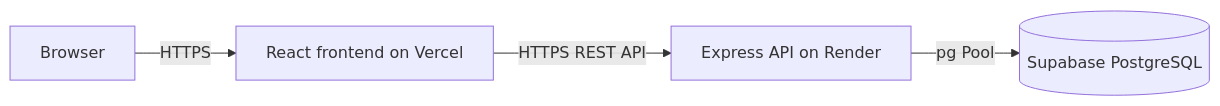
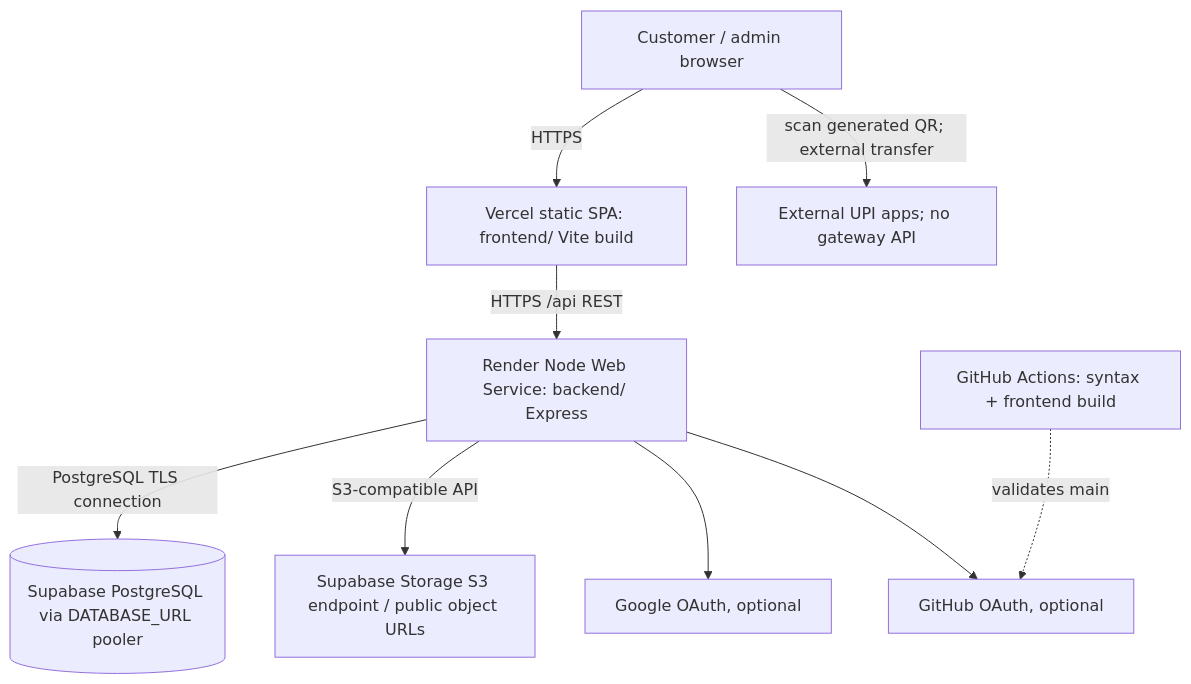
Before and after one commit to Chinthasaiganesh/Vaishnavi-Silk-Emporium: the first of 2 diagrams in docs/DEPLOYMENT.md, drawn with Mermaid. The commit also changed other lines of this file and 32 other files, not shown here.

````diff
--- a/docs/DEPLOYMENT.md
+++ b/docs/DEPLOYMENT.md
@@ -5,6 +5,19 @@
 ```mermaid
-flowchart LR
-  Browser -->|HTTPS| Vercel[React frontend on Vercel]
-  Vercel -->|HTTPS REST API| Render[Express API on Render]
-  Render -->|pg Pool| Supabase[(Supabase PostgreSQL)]
+flowchart TB
+  User[Customer / admin browser]
+  Vercel[Vercel static SPA: frontend/ Vite build]
+  Render[Render Node Web Service: backend/ Express]
+  Supabase[(Supabase PostgreSQL via DATABASE_URL pooler)]
+  Storage[Supabase Storage S3 endpoint / public object URLs]
+  Google[Google OAuth, optional]
+  GitHub[GitHub OAuth, optional]
+  UPI[External UPI apps; no gateway API]
+  User -->|HTTPS| Vercel
+  Vercel -->|HTTPS /api REST| Render
+  Render -->|PostgreSQL TLS connection| Supabase
+  Render -->|S3-compatible API| Storage
+  Render --> Google
+  Render --> GitHub
+  User -->|scan generated QR; external transfer| UPI
+  CI[GitHub Actions: syntax + frontend build] -. validates main .-> GitHub
 ```
````
